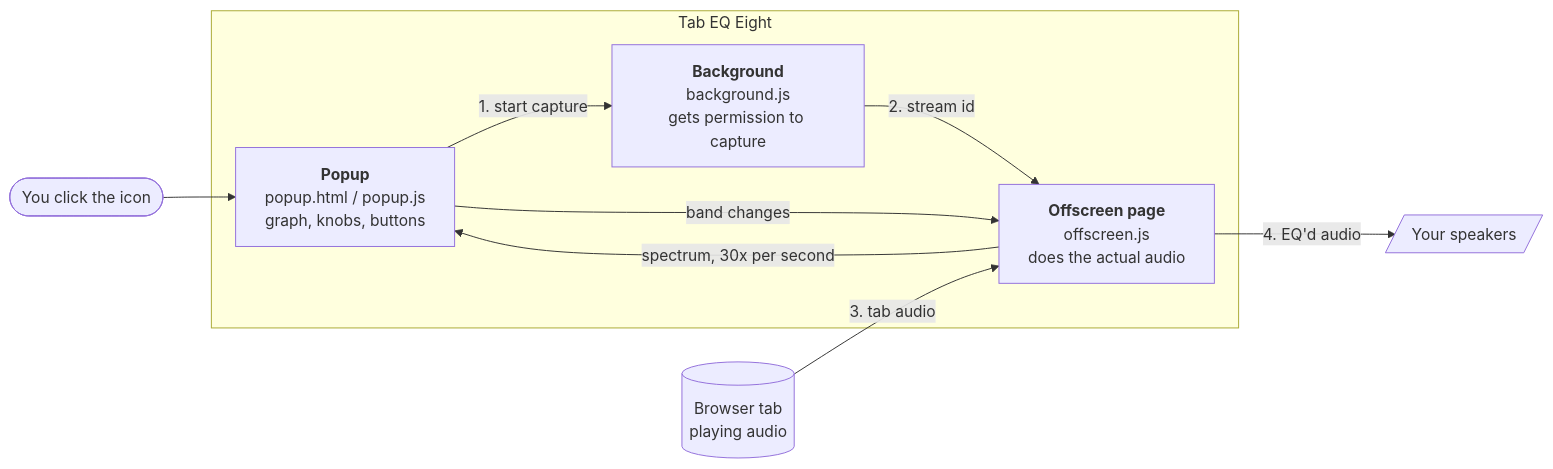
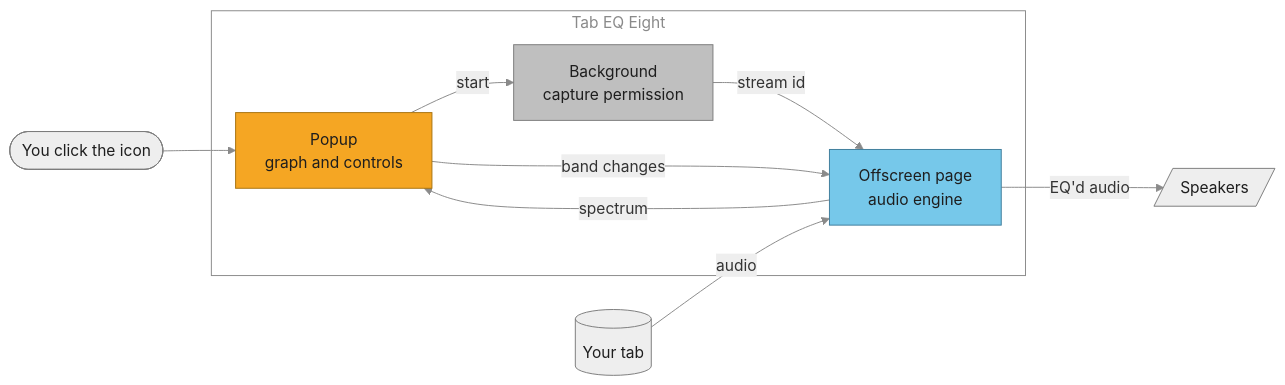
Before and after one commit to barrackmobamba69/EQEXT: the first of 3 diagrams in README.md, drawn with Mermaid. The commit also changed other lines of this file and 13 other files, not shown here.

````diff
--- a/README.md
+++ b/README.md
@@ -115,20 +152,28 @@
 ```mermaid
+%%{init: {'theme':'base','themeVariables':{'lineColor':'#8a8a8a','edgeLabelBackground':'#eeeeee'}}}%%
 flowchart LR
     U([You click the icon]) --> P
+    subgraph EXT [Tab EQ Eight]
+        P[Popup<br/>graph and controls]
+        B[Background<br/>capture permission]
+        O[Offscreen page<br/>audio engine]
+    end
+    T[(Your tab)]
+    S[/Speakers/]
+    P -- start --> B
+    B -- stream id --> O
+    T -- audio --> O
+    O -- EQ'd audio --> S
+    P -- band changes --> O
+    O -- spectrum --> P
 
-    subgraph EXT [Tab EQ Eight]
-        P["<b>Popup</b><br/>popup.html / popup.js<br/>graph, knobs, buttons"]
-        B["<b>Background</b><br/>background.js<br/>gets permission to capture"]
-        O["<b>Offscreen page</b><br/>offscreen.js<br/>does the actual audio"]
-    end
-
-    T[(Browser tab<br/>playing audio)]
-    S[/Your speakers/]
-
-    P -- "1. start capture" --> B
-    B -- "2. stream id" --> O
-    T -- "3. tab audio" --> O
-    O -- "4. EQ'd audio" --> S
-    P -- "band changes" --> O
-    O -- "spectrum, 30x per second" --> P
+    classDef popup fill:#f5a623,stroke:#a8730f,color:#1e1e1e
+    classDef bg fill:#bfbfbf,stroke:#7c7c7c,color:#1e1e1e
+    classDef off fill:#76c8ea,stroke:#3f7d9c,color:#1e1e1e
+    classDef ext fill:#eeeeee,stroke:#7c7c7c,color:#1e1e1e
+    class P popup
+    class B bg
+    class O off
+    class U,T,S ext
+    style EXT fill:transparent,stroke:#8a8a8a,color:#8a8a8a
 ```
````
